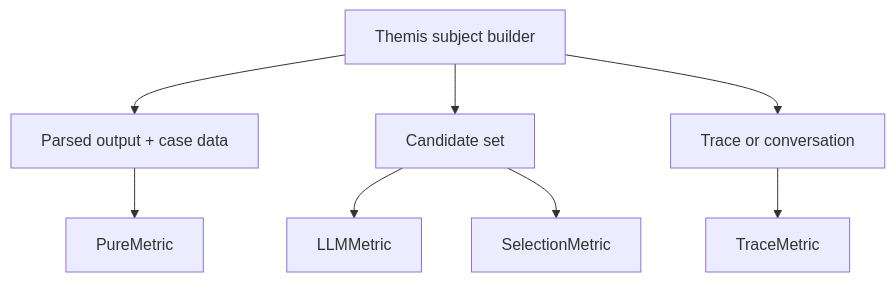
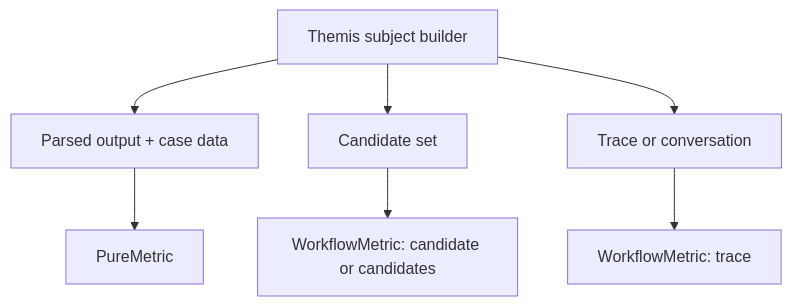
Before and after one commit to Pittawat2542/themis: the diagram in docs/explanation/metric-families-and-subjects.md, drawn with Mermaid. The commit also changed other lines of this file and 9 other files, not shown here.

````diff
--- a/docs/explanation/metric-families-and-subjects.md
+++ b/docs/explanation/metric-families-and-subjects.md
@@ -25,10 +30,9 @@
 ```mermaid
 flowchart TD
     A["Themis subject builder"] --> B["Parsed output + case data"]
     A --> C["Candidate set"]
     A --> D["Trace or conversation"]
     B --> E["PureMetric"]
-    C --> F["LLMMetric"]
-    C --> G["SelectionMetric"]
-    D --> H["TraceMetric"]
+    C --> F["WorkflowMetric: candidate or candidates"]
+    D --> H["WorkflowMetric: trace"]
 ```
````
